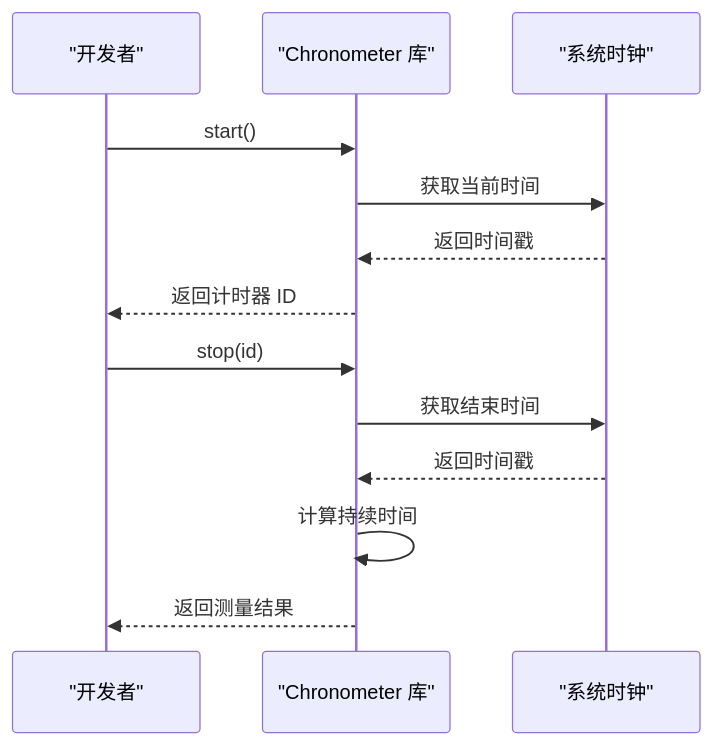
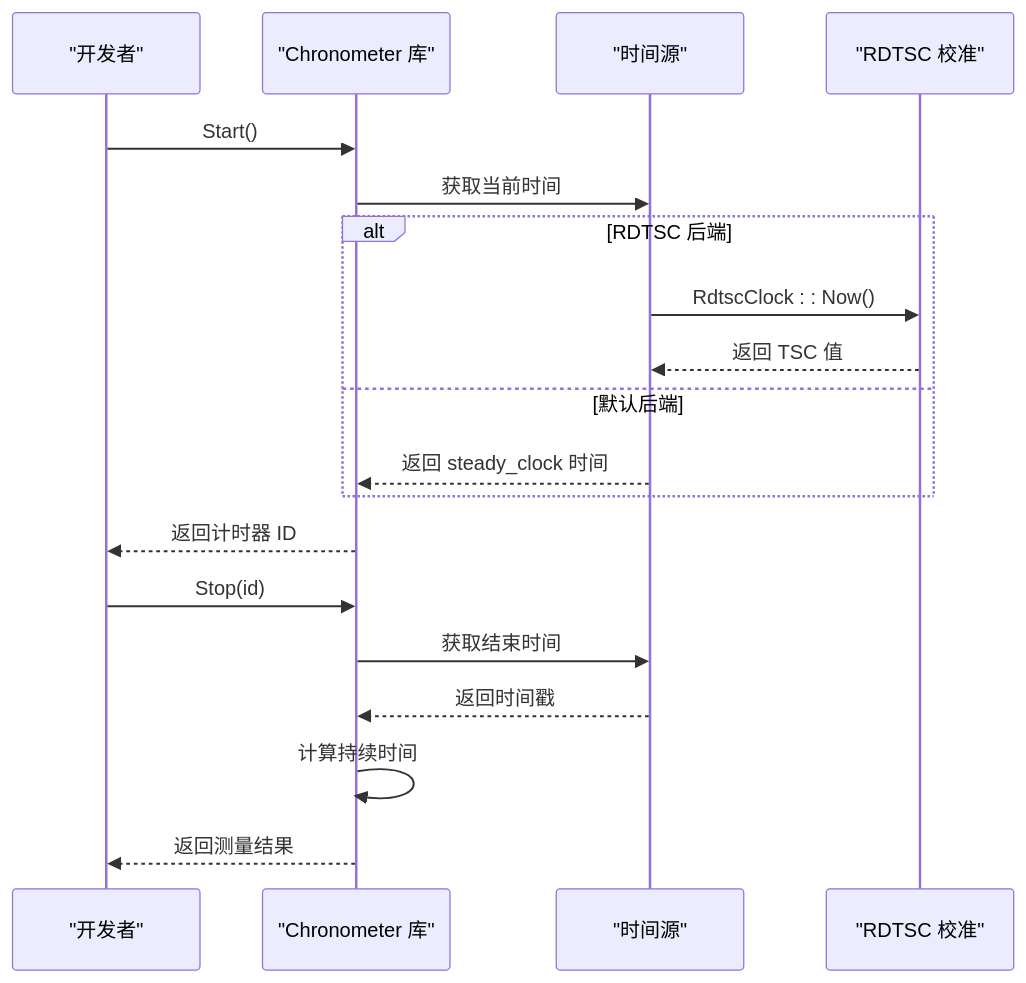
One commit to xuetianhao98/chronometer changed diagram 20 of 20 in .qoder/repowiki/zh/content/实现细节/实现细节.md. Above: the diagram before and after it, drawn with Mermaid. The commit also changed other lines of this file and 12 other files, not shown here.

````diff
--- a/.qoder/repowiki/zh/content/实现细节/实现细节.md
+++ b/.qoder/repowiki/zh/content/实现细节/实现细节.md
@@ -484,15 +754,21 @@
 ```mermaid
 sequenceDiagram
 participant Dev as "开发者"
 participant Lib as "Chronometer 库"
-participant Clock as "系统时钟"
-Dev->>Lib : start()
+participant Clock as "时间源"
+participant Rdtsc as "RDTSC 校准"
+Dev->>Lib : Start()
 Lib->>Clock : 获取当前时间
-Clock-->>Lib : 返回时间戳
+alt RDTSC 后端
+Clock->>Rdtsc : RdtscClock : : Now()
+Rdtsc-->>Clock : 返回 TSC 值
+else 默认后端
+Clock-->>Lib : 返回 steady_clock 时间
+end
 Lib-->>Dev : 返回计时器 ID
-Dev->>Lib : stop(id)
+Dev->>Lib : Stop(id)
 Lib->>Clock : 获取结束时间
 Clock-->>Lib : 返回时间戳
 Lib->>Lib : 计算持续时间
 Lib-->>Dev : 返回测量结果
 ```
````
